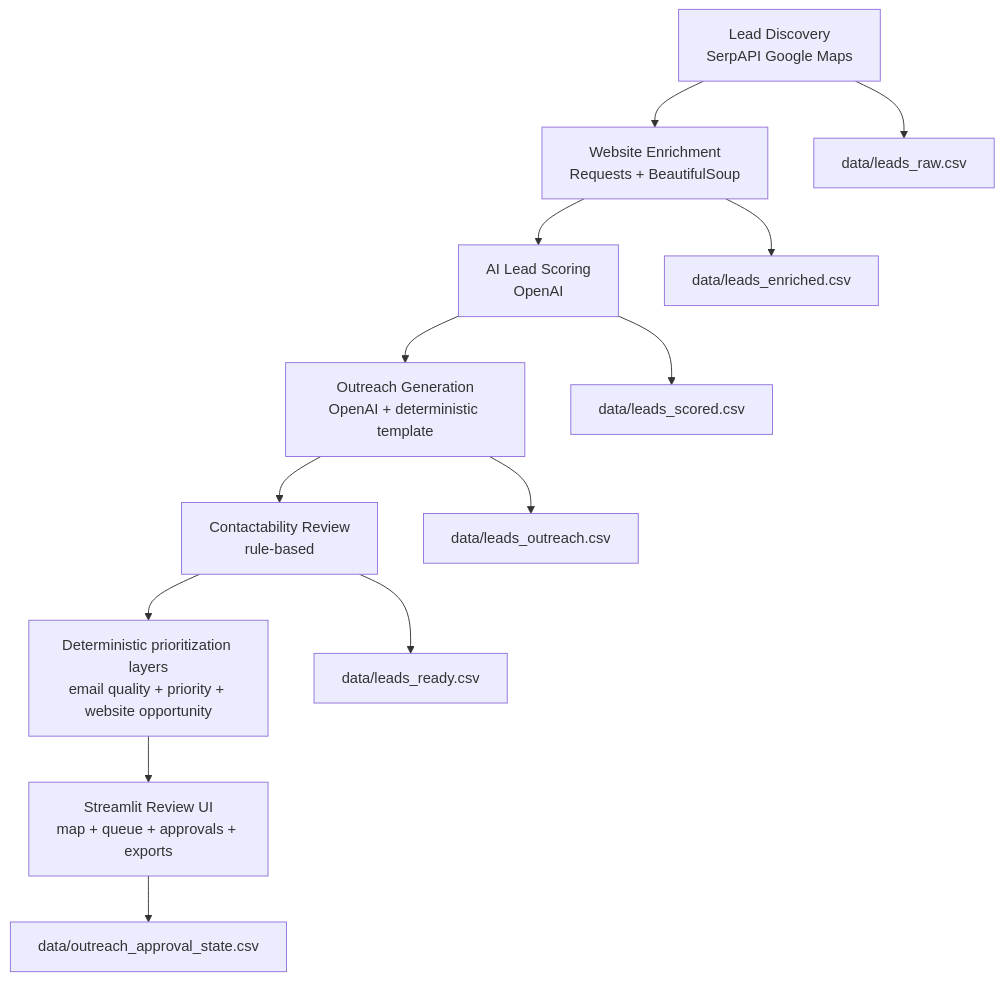
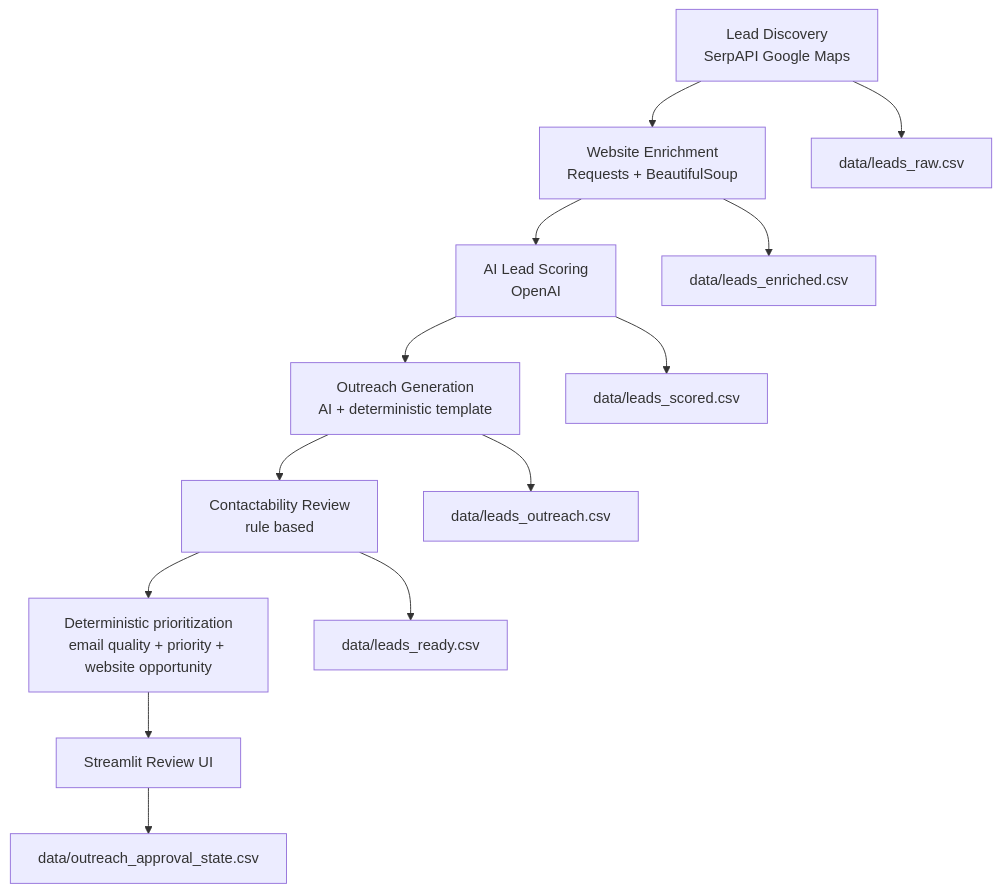
One commit to paureis/ai-lead-generation-agents changed the diagram in README.md. Above: the diagram before and after it, drawn with Mermaid. The commit also changed other lines of this file, not shown here.

````diff
--- a/README.md
+++ b/README.md
@@ -40,16 +200,16 @@
 ```mermaid
 flowchart TD
     A[Lead Discovery<br/>SerpAPI Google Maps] --> B[Website Enrichment<br/>Requests + BeautifulSoup]
     B --> C[AI Lead Scoring<br/>OpenAI]
-    C --> D[Outreach Generation<br/>OpenAI + deterministic template]
-    D --> E[Contactability Review<br/>rule-based]
-    E --> F[Deterministic prioritization layers<br/>email quality + priority + website opportunity]
-    F --> G[Streamlit Review UI<br/>map + queue + approvals + exports]
+    C --> D[Outreach Generation<br/>AI + deterministic template]
+    D --> E[Contactability Review<br/>rule based]
+    E --> F[Deterministic prioritization<br/>email quality + priority + website opportunity]
+    F --> G[Streamlit Review UI]
 
     A --> A1[data/leads_raw.csv]
     B --> B1[data/leads_enriched.csv]
     C --> C1[data/leads_scored.csv]
     D --> D1[data/leads_outreach.csv]
     E --> E1[data/leads_ready.csv]
     G --> G1[data/outreach_approval_state.csv]
 ```
````
